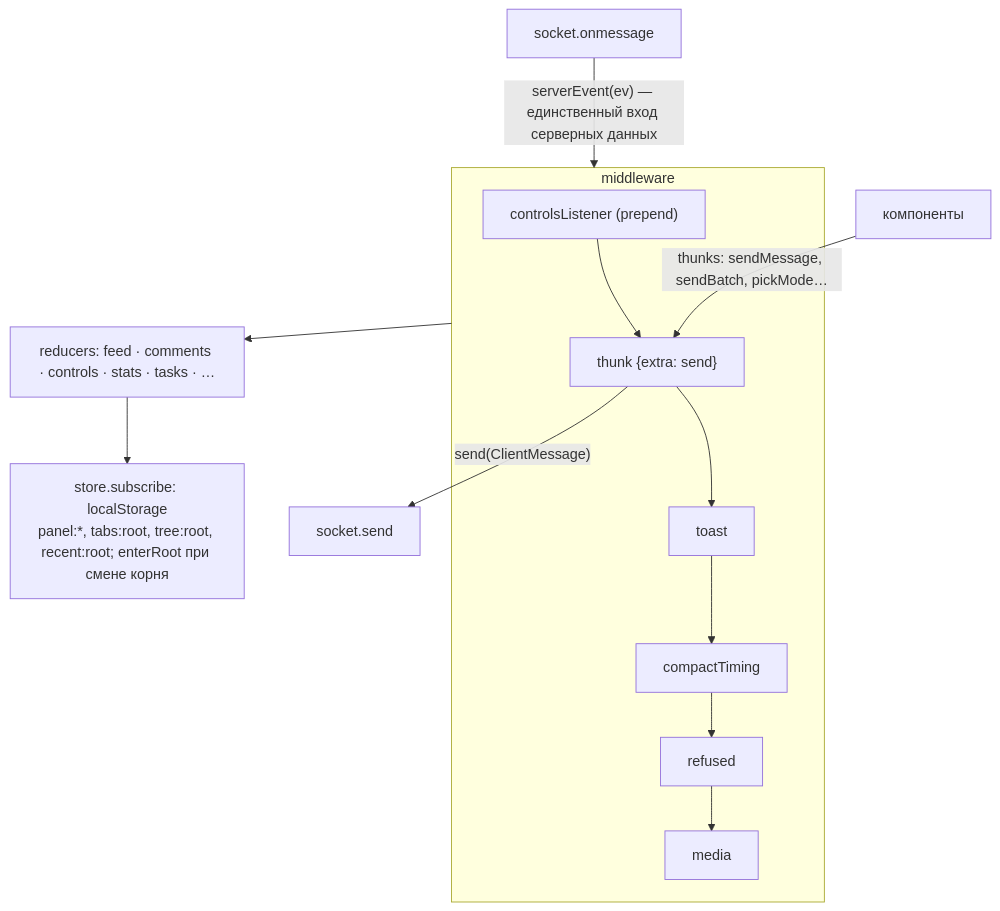
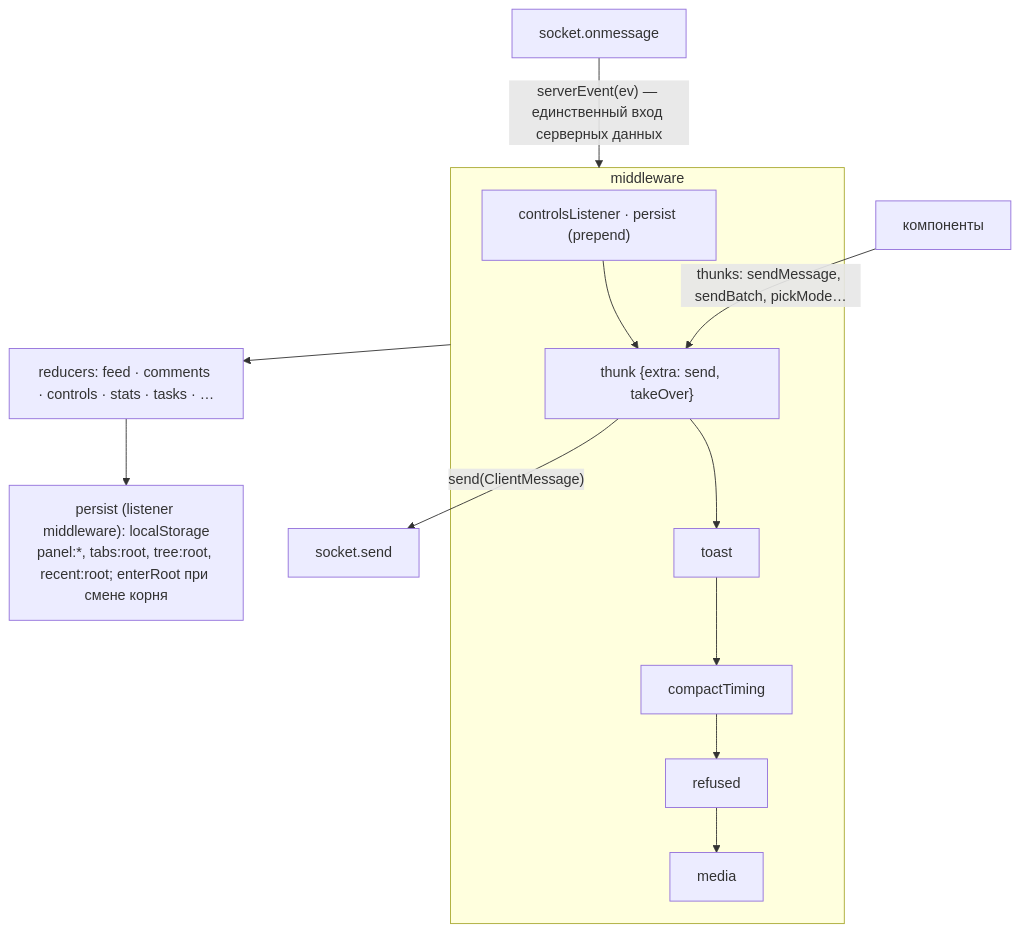
Before and after one commit to iCubeDm/claude-nota-bene: the third of 4 diagrams in docs/architecture.md, drawn with Mermaid. The commit also changed other lines of this file and 1 other file, not shown here.

Commit message:
docs: architecture and CLAUDE.md after M7 (one tab, archive, AgentEvent, session parts)

````diff
--- a/docs/architecture.md
+++ b/docs/architecture.md
@@ -165,11 +174,11 @@
 ```mermaid
 flowchart TB
   WS["socket.onmessage"] -->|"serverEvent(ev) — единственный вход серверных данных"| MW
   subgraph MW["middleware"]
-    CL["controlsListener (prepend)"] --> TH["thunk {extra: send}"] --> TO["toast"] --> CT["compactTiming"] --> RF["refused"] --> MD["media"]
+    CL["controlsListener · persist (prepend)"] --> TH["thunk {extra: send, takeOver}"] --> TO["toast"] --> CT["compactTiming"] --> RF["refused"] --> MD["media"]
   end
   MW --> R["reducers: feed · comments · controls · stats · tasks · …"]
-  R --> SUB["store.subscribe: localStorage<br/>panel:*, tabs:root, tree:root, recent:root; enterRoot при смене корня"]
+  R --> SUB["persist (listener middleware): localStorage<br/>panel:*, tabs:root, tree:root, recent:root; enterRoot при смене корня"]
   UI["компоненты"] -->|"thunks: sendMessage, sendBatch, pickMode…"| TH
   TH -->|"send(ClientMessage)"| WS2["socket.send"]
 ```
````
